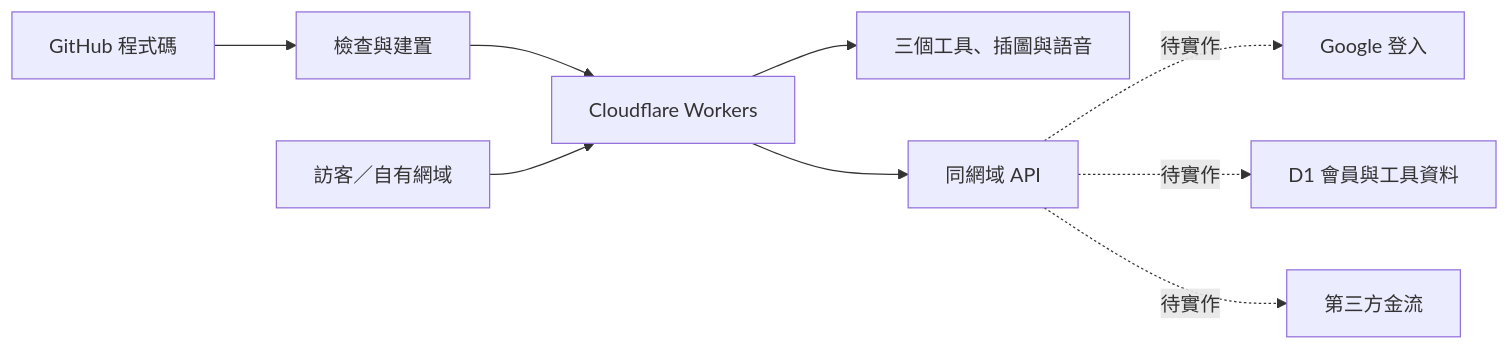
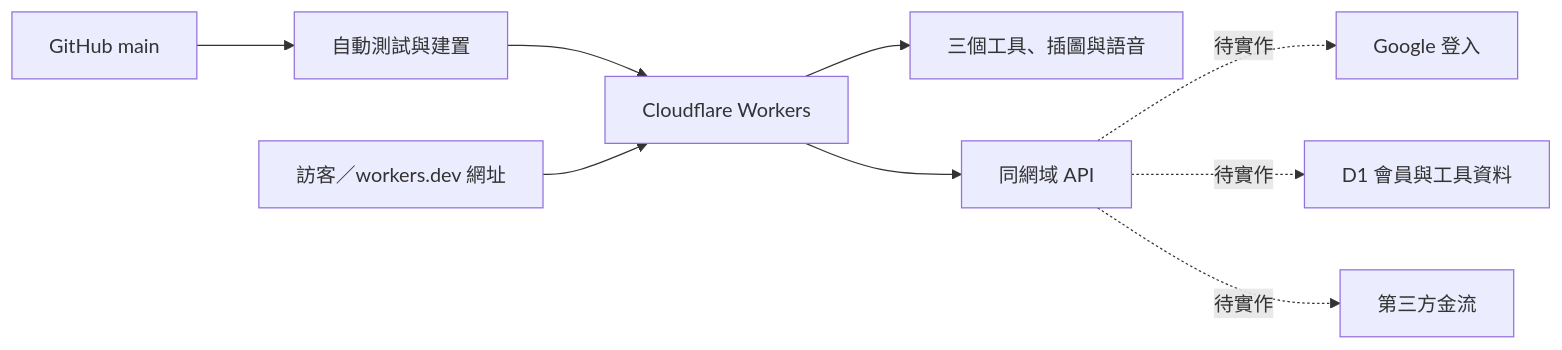
The diagram in docs/whatsub-architecture.md (taiwanape/smallshop-pos-tw), drawn with Mermaid before and after one commit. The commit also changed other lines of this file and 5 other files, not shown here.

````diff
--- a/docs/whatsub-architecture.md
+++ b/docs/whatsub-architecture.md
@@ -24,11 +24,11 @@
 ```mermaid
 flowchart LR
-  G[GitHub 程式碼] --> B[檢查與建置]
+  G[GitHub main] --> B[自動測試與建置]
   B --> W[Cloudflare Workers]
-  U[訪客／自有網域] --> W
+  U[訪客／workers.dev 網址] --> W
   W --> A[三個工具、插圖與語音]
   W --> API[同網域 API]
   API -. 待實作 .-> ID[Google 登入]
   API -. 待實作 .-> DB[D1 會員與工具資料]
   API -. 待實作 .-> PAY[第三方金流]
 ```
````
